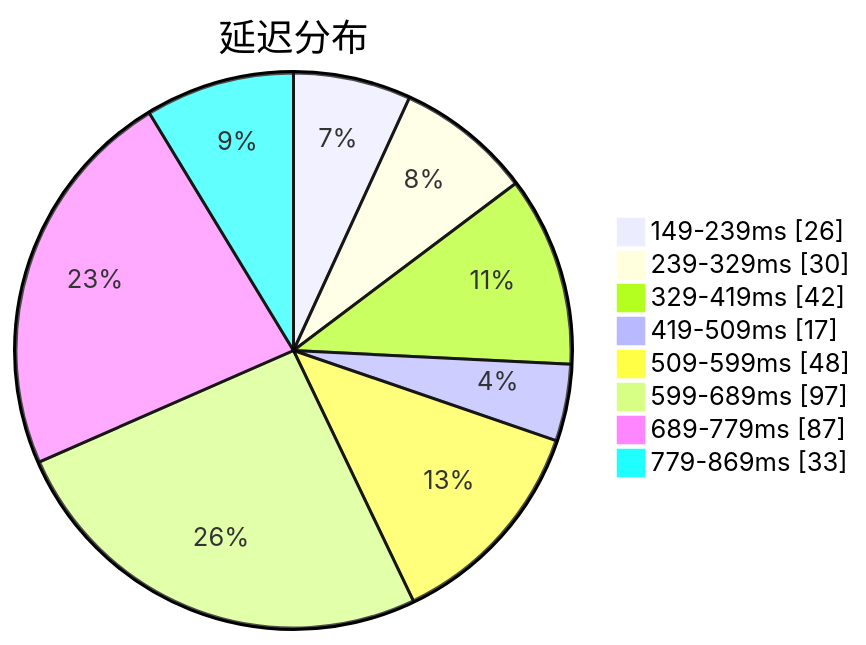
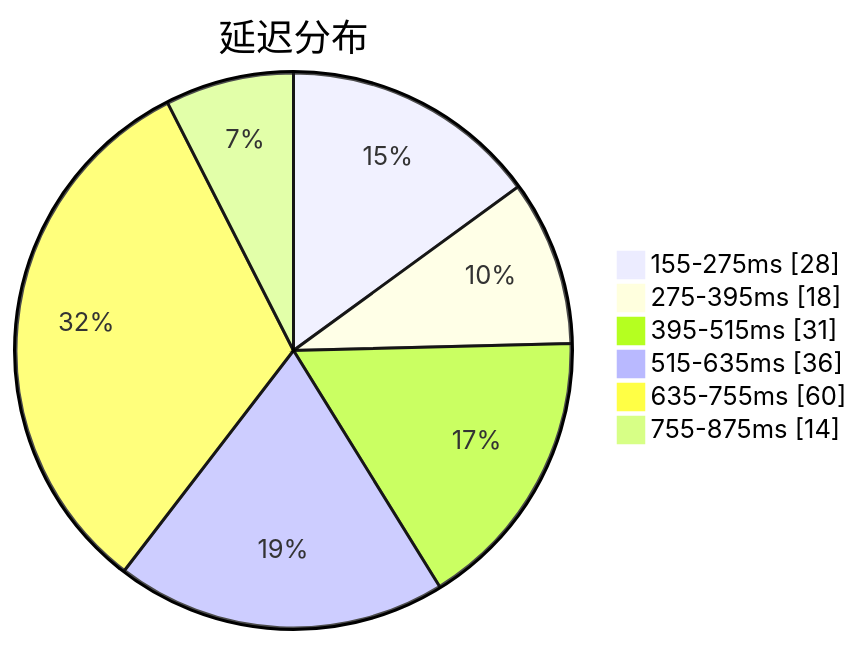
One commit to qjlxg/airport changed the first of 3 diagrams in subs/statistics/tested_within.md. Above: the diagram before and after it, drawn with Mermaid. The commit also changed other lines of this file and 2 other files, not shown here.

Commit message:
Tested by metaST

````diff
--- a/subs/statistics/tested_within.md
+++ b/subs/statistics/tested_within.md
@@ -2,12 +2,10 @@
 ```mermaid
 pie showData
 title 延迟分布
-"149-239ms" : 26
-"239-329ms" : 30
-"329-419ms" : 42
-"419-509ms" : 17
-"509-599ms" : 48
-"599-689ms" : 97
-"689-779ms" : 87
-"779-869ms" : 33
+"155-275ms" : 28
+"275-395ms" : 18
+"395-515ms" : 31
+"515-635ms" : 36
+"635-755ms" : 60
+"755-875ms" : 14
 ```
````
